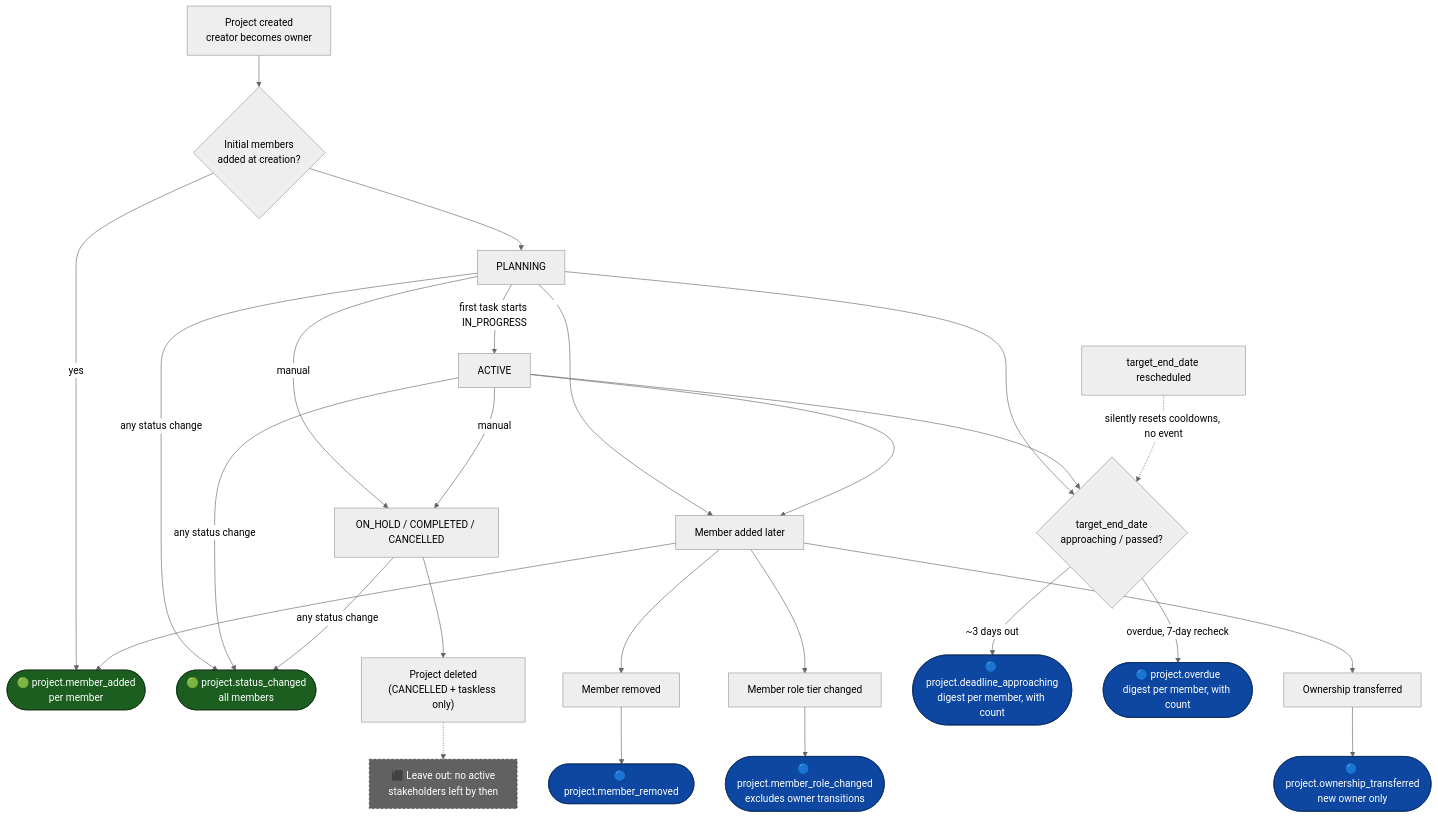
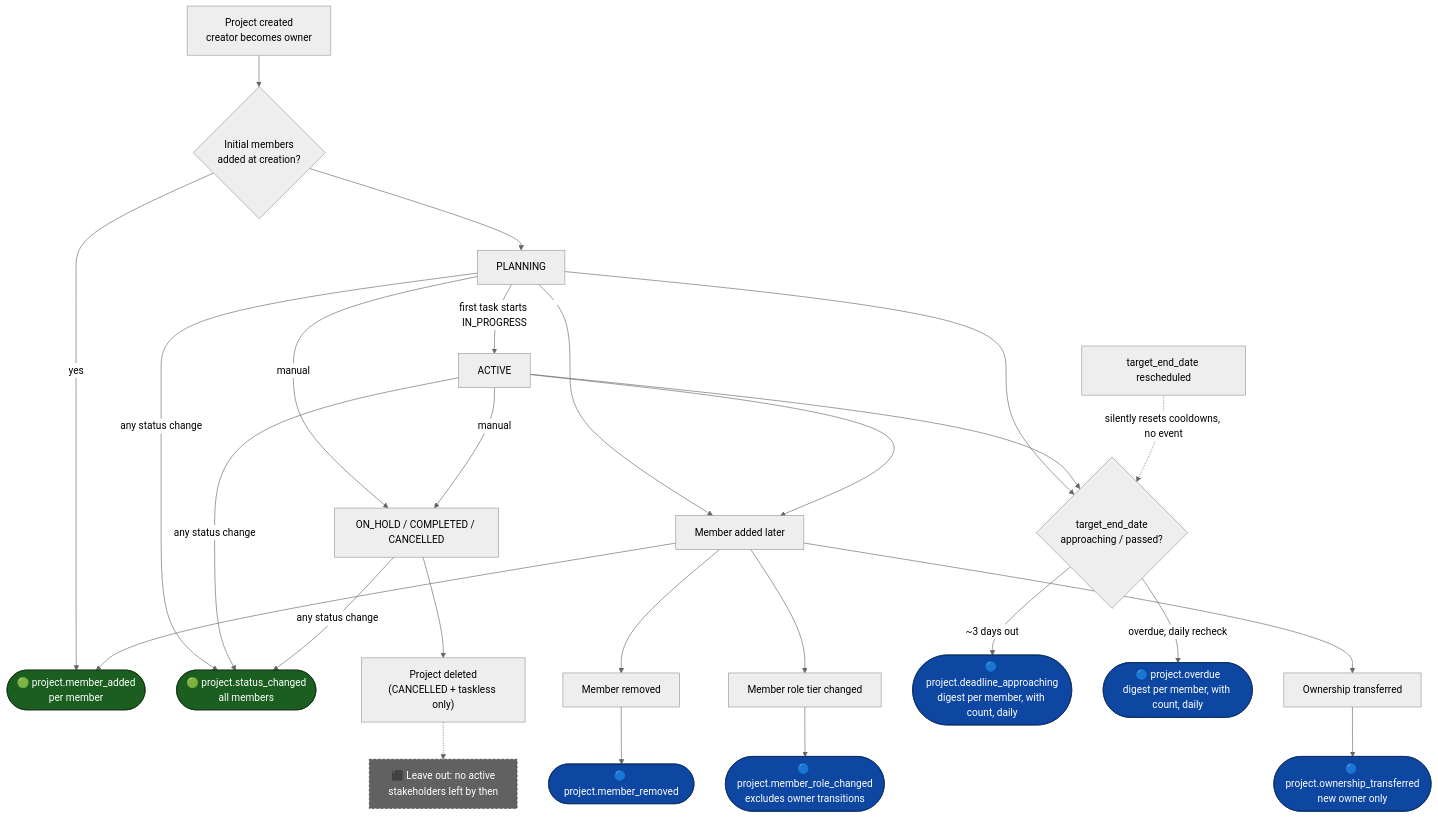
Before and after one commit to hazimdanishhh/hyrax-central-portal: the first of 3 diagrams in docs/WORKSPACE-NOTIFICATIONS-LIFECYCLE.md, drawn with Mermaid (neutral theme). The commit also changed other lines of this file and 30 other files, not shown here.

Commit message:
feat: workspace notification timing change, per-project shared drive folder

````diff
--- a/docs/WORKSPACE-NOTIFICATIONS-LIFECYCLE.md
+++ b/docs/WORKSPACE-NOTIFICATIONS-LIFECYCLE.md
@@ -9,23 +9,23 @@
 ```mermaid
 flowchart TD
     classDef implemented fill:#1b5e20,color:#fff,stroke:#0d3010
     classDef building fill:#0d47a1,color:#fff,stroke:#082a5e
     classDef leaveout fill:#616161,color:#fff,stroke:#333333,stroke-dasharray: 4 3
 
     P1[Project created\ncreator becomes owner] --> P2{Initial members\nadded at creation?}
     P2 -->|yes| N1(["🟢 project.member_added\nper member"]):::implemented
     P2 --> P3[PLANNING]
     P3 -->|first task starts IN_PROGRESS| P4[ACTIVE]
     P3 -->|manual| P5[ON_HOLD / COMPLETED / CANCELLED]
     P4 -->|manual| P5
     P3 & P4 & P5 -->|any status change| N2(["🟢 project.status_changed\nall members"]):::implemented
     P3 & P4 --> P6[Member added later] --> N1
     P6 --> P7[Member removed] --> N3(["🔵 project.member_removed"]):::building
     P6 --> P8[Member role tier changed] --> N4(["🔵 project.member_role_changed\nexcludes owner transitions"]):::building
     P6 --> P9[Ownership transferred] --> N5(["🔵 project.ownership_transferred\nnew owner only"]):::building
     P3 & P4 --> P10{target_end_date\napproaching / passed?}
-    P10 -->|~3 days out| N6(["🔵 project.deadline_approaching\ndigest per member, with count"]):::building
-    P10 -->|overdue, 7-day recheck| N7(["🔵 project.overdue\ndigest per member, with count"]):::building
+    P10 -->|~3 days out| N6(["🔵 project.deadline_approaching\ndigest per member, with count, daily"]):::building
+    P10 -->|overdue, daily recheck| N7(["🔵 project.overdue\ndigest per member, with count, daily"]):::building
     P11[target_end_date rescheduled] -.->|silently resets cooldowns, no event| P10
     P5 --> P12["Project deleted\n(CANCELLED + taskless only)"] -.-> LO1["⬛ Leave out: no active\nstakeholders left by then"]:::leaveout
 ```
````
